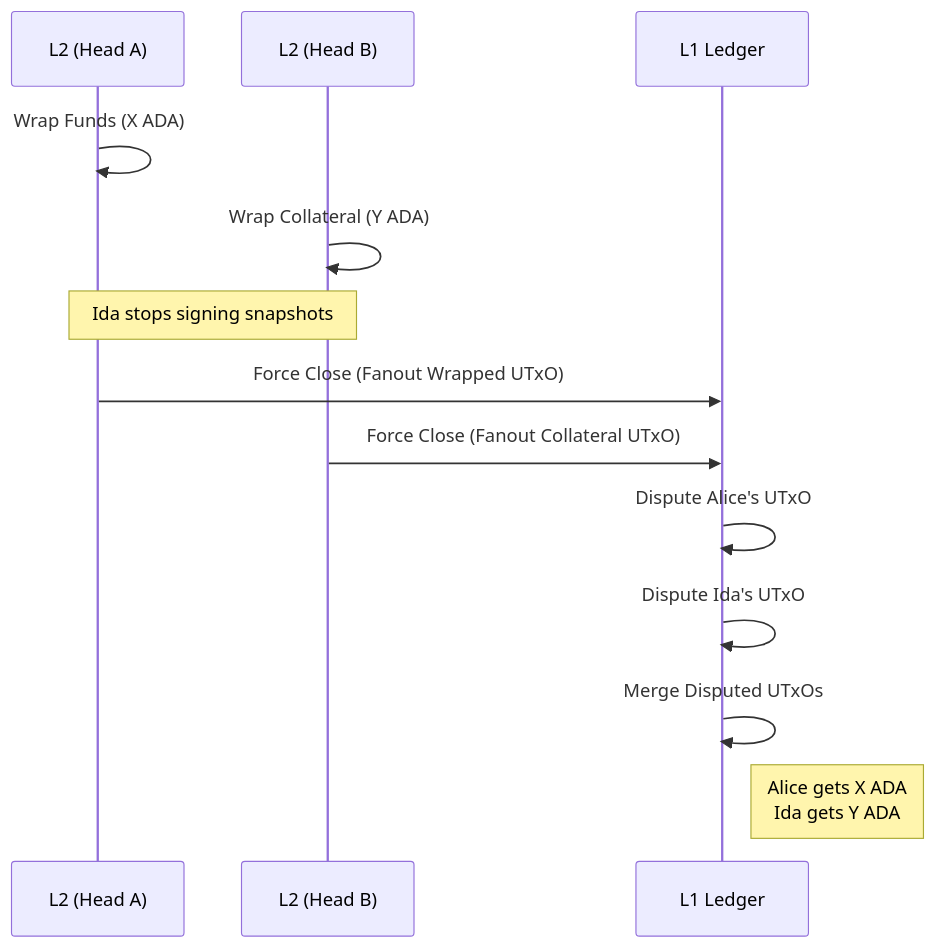
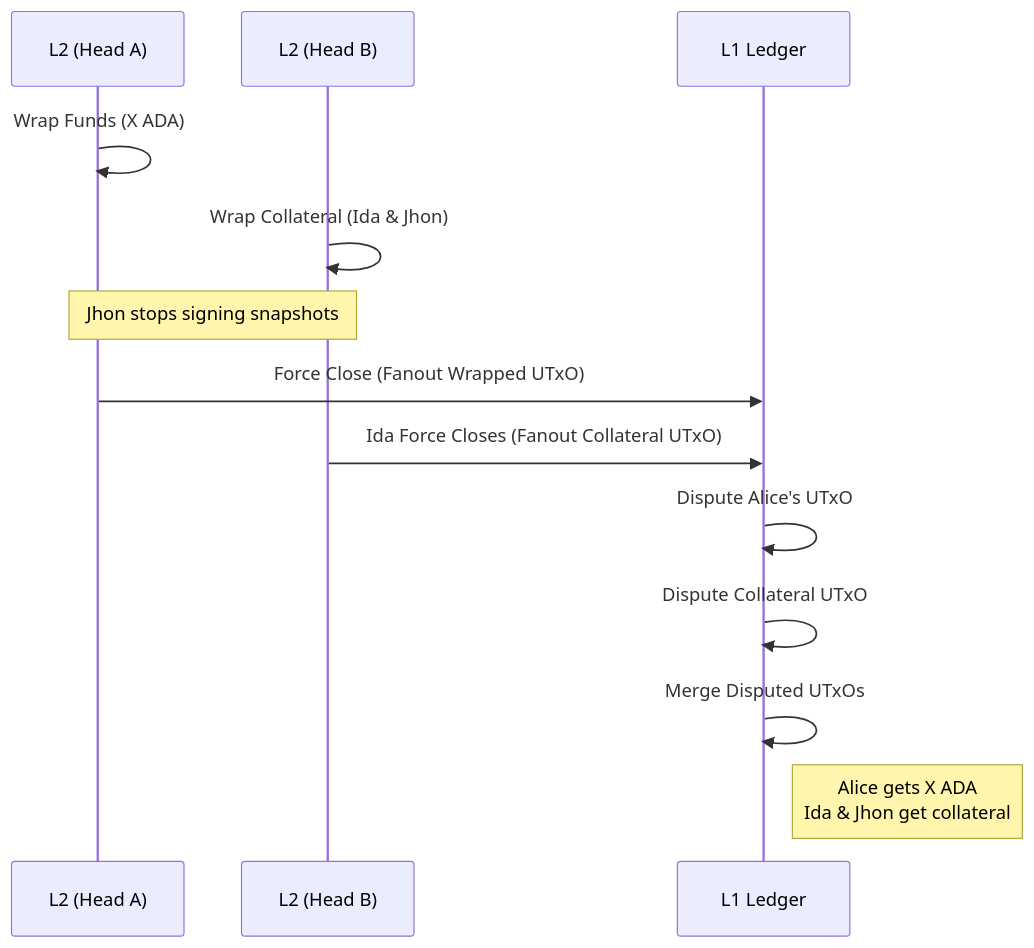
The second of 2 diagrams in book/ms4/README.md (cardano-scaling/eutxo-l2-interop), drawn with Mermaid before and after one commit. The commit also changed other lines of this file, not shown here.

Commit message:
Adds Jhon to adversarial scenarios to clarify them

````diff
--- a/book/ms4/README.md
+++ b/book/ms4/README.md
@@ -63,20 +63,20 @@
 ```mermaid
 sequenceDiagram
     participant AliceL2 as L2 (Head A)
-    participant IdaL2 as L2 (Head B)
+    participant CollatL2 as L2 (Head B)
     participant L1 as L1 Ledger
 
     AliceL2->>AliceL2: Wrap Funds (X ADA)
-    IdaL2->>IdaL2: Wrap Collateral (Y ADA)
+    CollatL2->>CollatL2: Wrap Collateral (Ida & Jhon)
 
-    Note over AliceL2, IdaL2: Ida stops signing snapshots
+    Note over AliceL2, CollatL2: Jhon stops signing snapshots
 
     AliceL2->>L1: Force Close (Fanout Wrapped UTxO)
-    IdaL2->>L1: Force Close (Fanout Collateral UTxO)
+    CollatL2->>L1: Ida Force Closes (Fanout Collateral UTxO)
 
     L1->>L1: Dispute Alice's UTxO
-    L1->>L1: Dispute Ida's UTxO
+    L1->>L1: Dispute Collateral UTxO
 
     L1->>L1: Merge Disputed UTxOs
-    Note right of L1: Alice gets X ADA<br>Ida gets Y ADA
+    Note right of L1: Alice gets X ADA<br>Ida & Jhon get collateral
 ```
````
